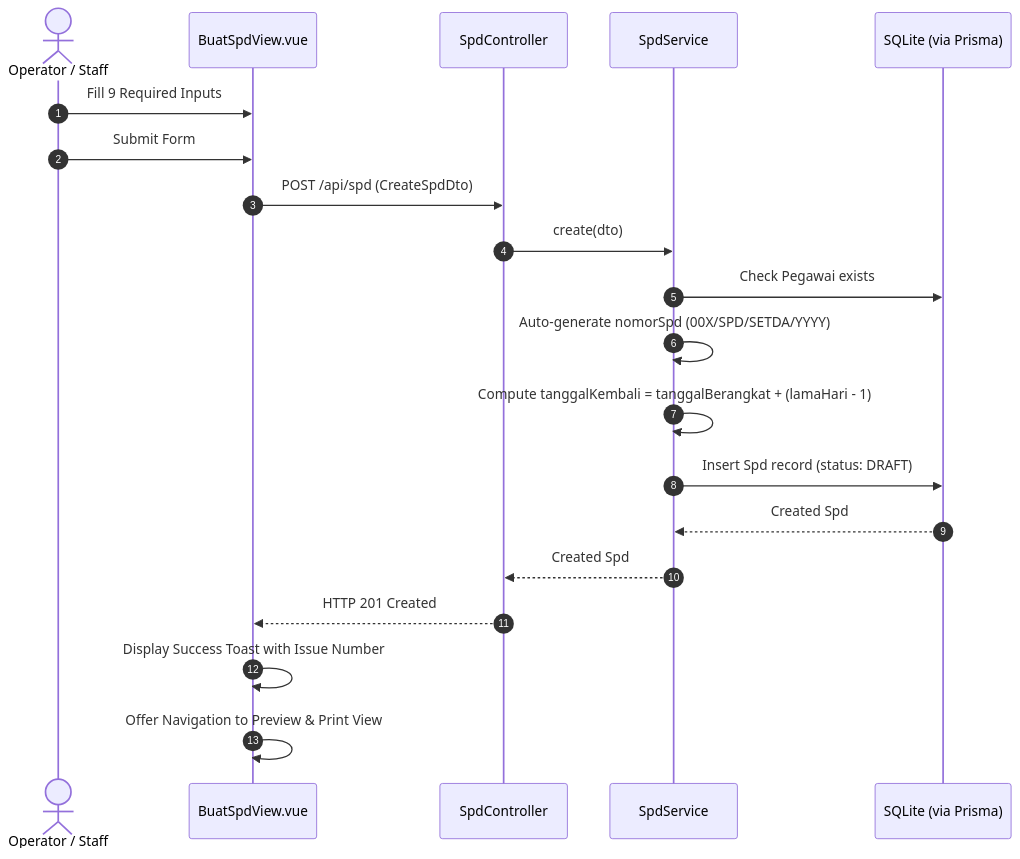
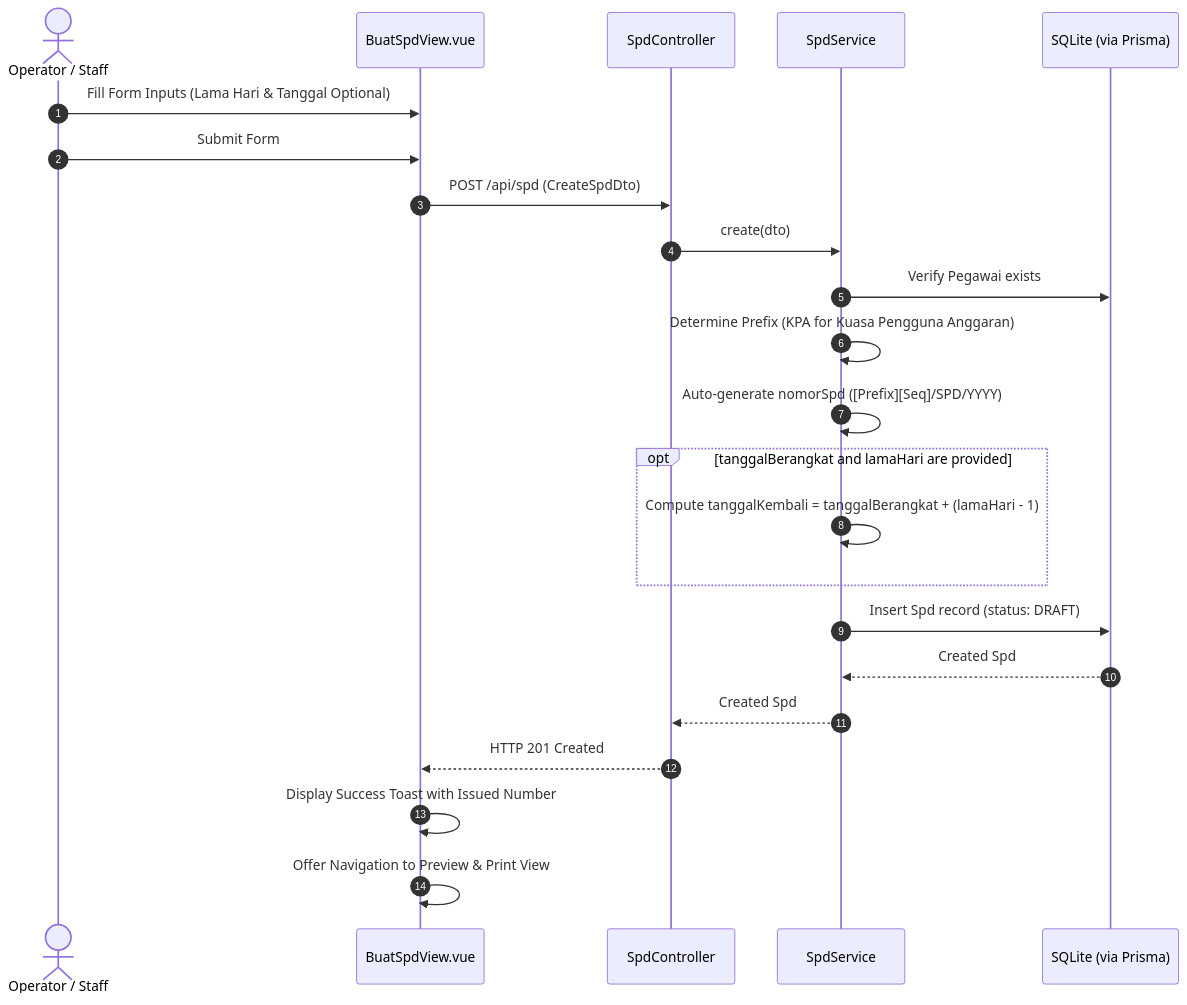
The fourth of 6 diagrams in docs/application-flow.md (earyanto30/e-spd-kab-banggai-laut), drawn with Mermaid before and after one commit. The commit also changed other lines of this file and 5 other files, not shown here.

Commit message:
docs: update technical specifications for UAT-2 layout, dashboard, and schema changes

````diff
--- a/docs/application-flow.md
+++ b/docs/application-flow.md
@@ -97,23 +102,26 @@
 ```mermaid
 sequenceDiagram
     autonumber
     actor Staff as Operator / Staff
     participant Form as BuatSpdView.vue
     participant API as SpdController
     participant Svc as SpdService
     participant DB as SQLite (via Prisma)
 
-    Staff->>Form: Fill 9 Required Inputs
+    Staff->>Form: Fill Form Inputs (Lama Hari & Tanggal Optional)
     Staff->>Form: Submit Form
     Form->>API: POST /api/spd (CreateSpdDto)
     API->>Svc: create(dto)
-    Svc->>DB: Check Pegawai exists
-    Svc->>Svc: Auto-generate nomorSpd (00X/SPD/SETDA/YYYY)
-    Svc->>Svc: Compute tanggalKembali = tanggalBerangkat + (lamaHari - 1)
+    Svc->>DB: Verify Pegawai exists
+    Svc->>Svc: Determine Prefix (KPA for Kuasa Pengguna Anggaran)
+    Svc->>Svc: Auto-generate nomorSpd ([Prefix][Seq]/SPD/YYYY)
+    opt tanggalBerangkat and lamaHari are provided
+        Svc->>Svc: Compute tanggalKembali = tanggalBerangkat + (lamaHari - 1)
+    end
     Svc->>DB: Insert Spd record (status: DRAFT)
     DB-->>Svc: Created Spd
     Svc-->>API: Created Spd
     API-->>Form: HTTP 201 Created
-    Form->>Form: Display Success Toast with Issue Number
+    Form->>Form: Display Success Toast with Issued Number
     Form->>Form: Offer Navigation to Preview & Print View
 ```
````
